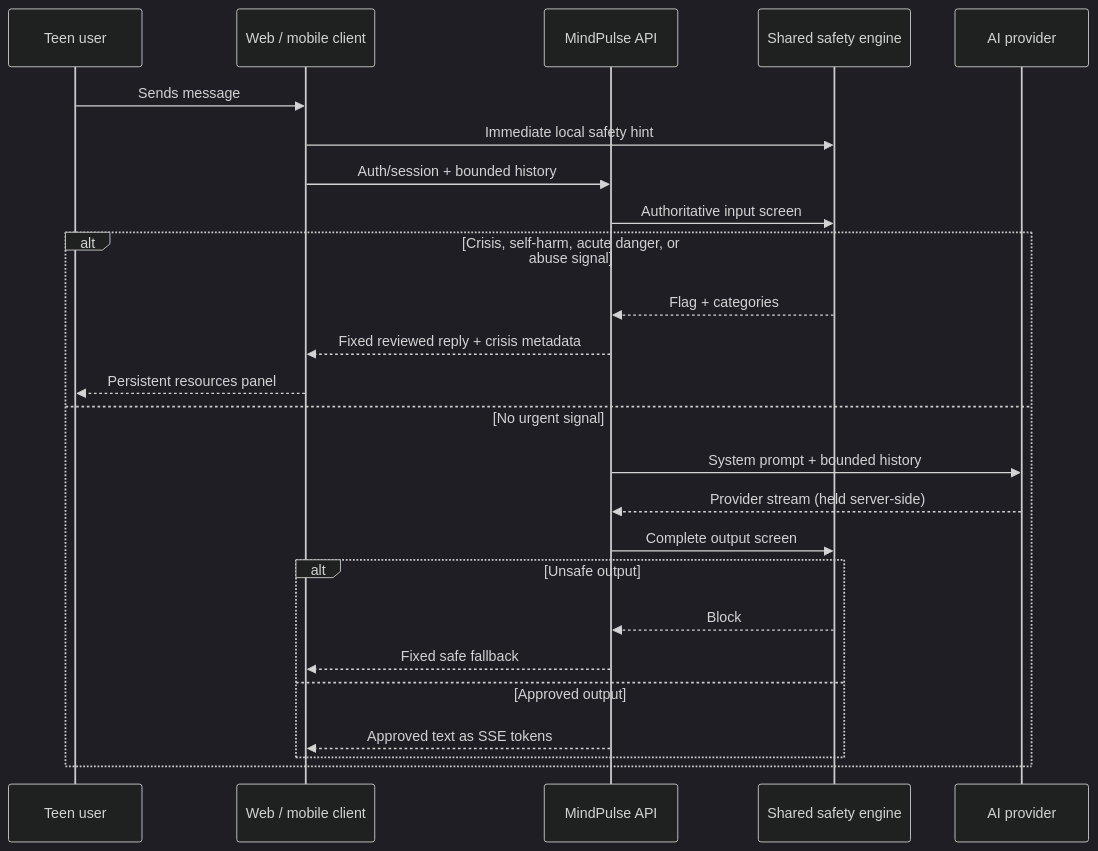
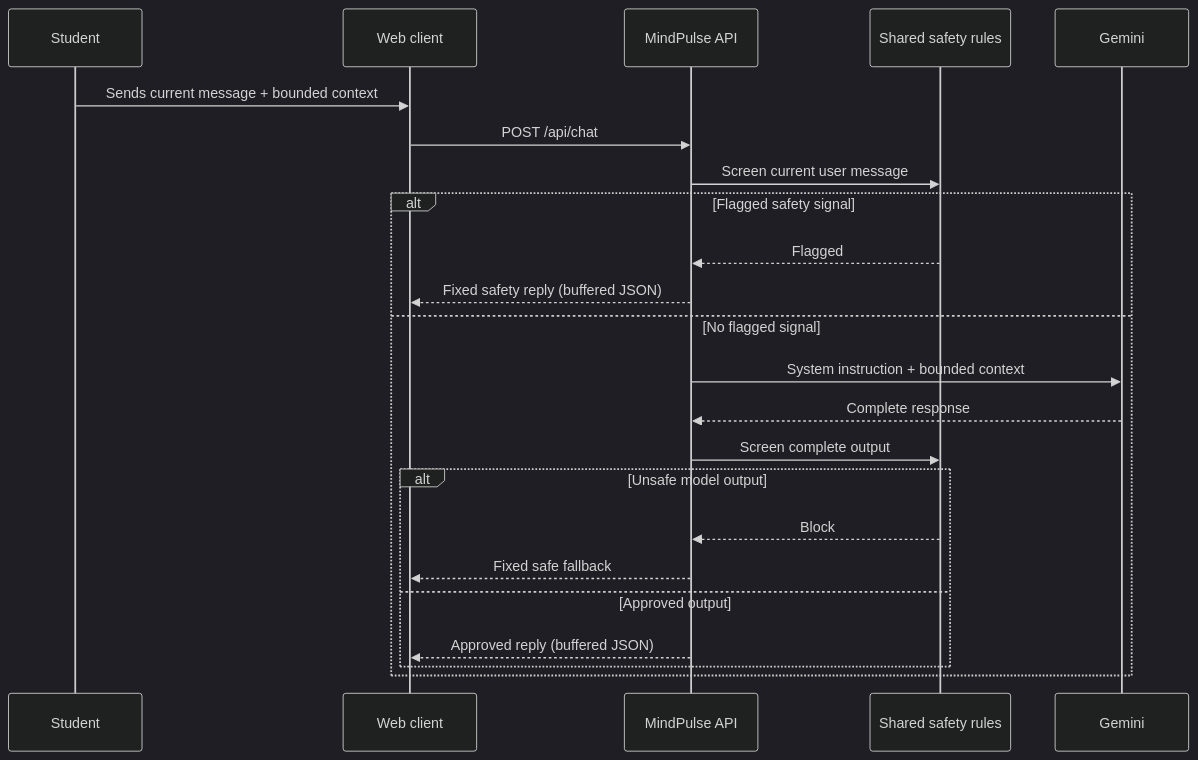
One commit to emiroshhh/MindPulse-by-Northlight changed the diagram in SAFETY.md. Above: the diagram before and after it, drawn with Mermaid (dark theme). The commit also changed other lines of this file and 12 other files, not shown here.

Commit message:
Harden MindPulse beta trust and security

````diff
--- a/SAFETY.md
+++ b/SAFETY.md
@@ -16,27 +17,25 @@
 ```mermaid
 sequenceDiagram
-  participant U as Teen user
-  participant C as Web / mobile client
-  participant S as MindPulse API
-  participant E as Shared safety engine
-  participant P as AI provider
-  U->>C: Sends message
-  C->>E: Immediate local safety hint
-  C->>S: Auth/session + bounded history
-  S->>E: Authoritative input screen
-  alt Crisis, self-harm, acute danger, or abuse signal
-    E-->>S: Flag + categories
-    S-->>C: Fixed reviewed reply + crisis metadata
-    C-->>U: Persistent resources panel
-  else No urgent signal
-    S->>P: System prompt + bounded history
-    P-->>S: Provider stream (held server-side)
-    S->>E: Complete output screen
-    alt Unsafe output
-      E-->>S: Block
-      S-->>C: Fixed safe fallback
+  participant U as Student
+  participant C as Web client
+  participant A as MindPulse API
+  participant S as Shared safety rules
+  participant G as Gemini
+  U->>C: Sends current message + bounded context
+  C->>A: POST /api/chat
+  A->>S: Screen current user message
+  alt Flagged safety signal
+    S-->>A: Flagged
+    A-->>C: Fixed safety reply (buffered JSON)
+  else No flagged signal
+    A->>G: System instruction + bounded context
+    G-->>A: Complete response
+    A->>S: Screen complete output
+    alt Unsafe model output
+      S-->>A: Block
+      A-->>C: Fixed safe fallback
     else Approved output
-      S-->>C: Approved text as SSE tokens
+      A-->>C: Approved reply (buffered JSON)
     end
   end
 ```
````
